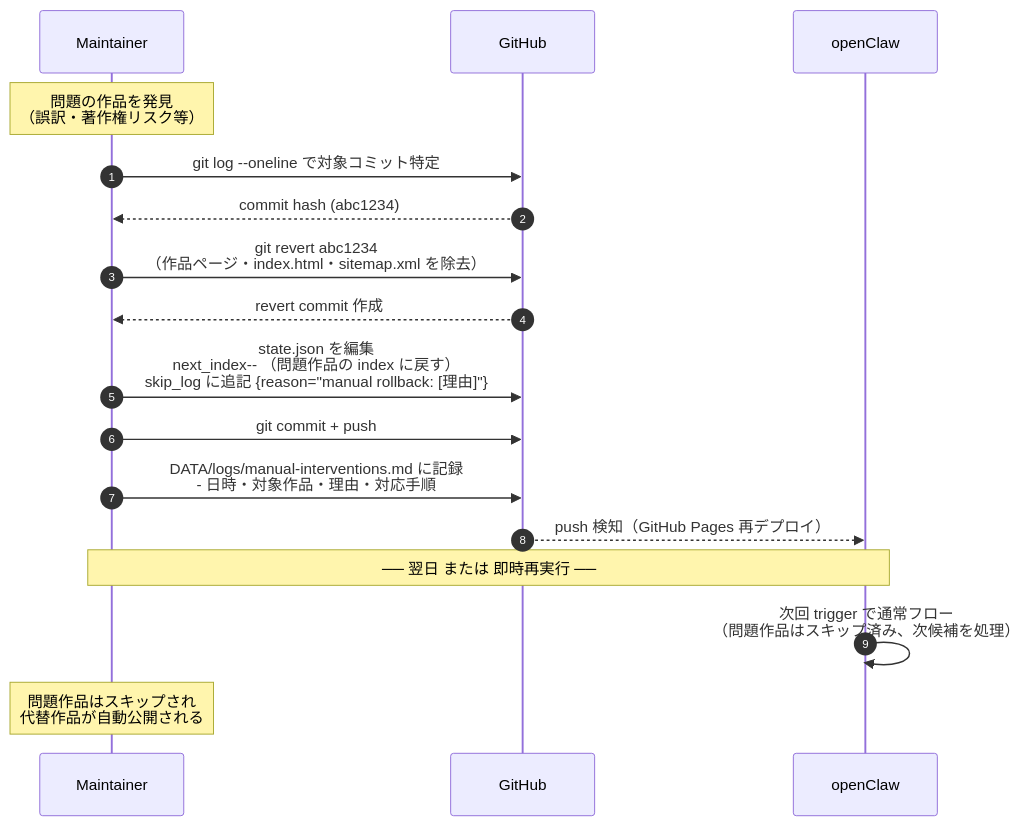
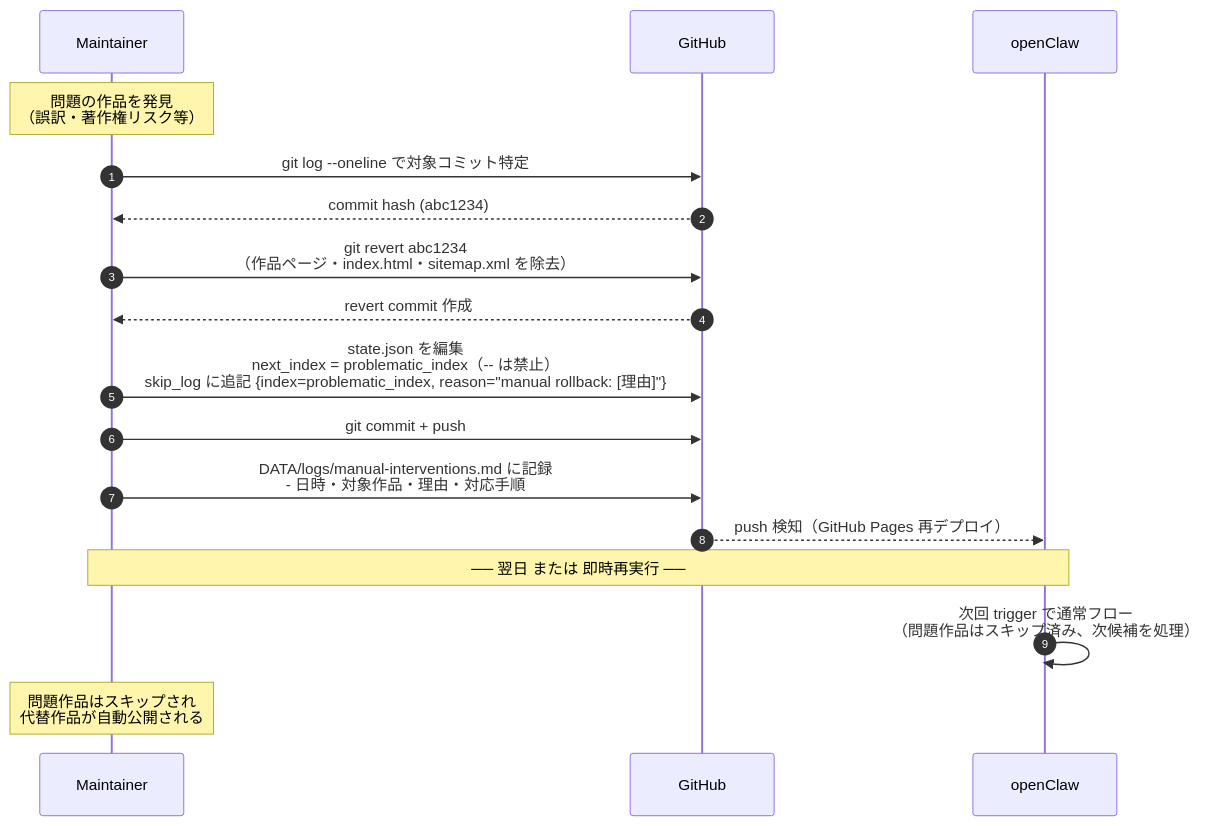
Before and after one commit to garyohosu/AozoraDailyTranslations: the ninth of 10 diagrams in SEQUENCE.md, drawn with Mermaid. The commit also changed 4 other files, not shown here.

````diff
--- a/SEQUENCE.md
+++ b/SEQUENCE.md
@@ -458,27 +458,27 @@
 ```mermaid
 sequenceDiagram
     autonumber
     participant Maint as Maintainer
     participant GH as GitHub
     participant OC as openClaw
 
     Note over Maint: 問題の作品を発見<br/>（誤訳・著作権リスク等）
 
     Maint->>GH: git log --oneline で対象コミット特定
     GH-->>Maint: commit hash (abc1234)
 
     Maint->>GH: git revert abc1234<br/>（作品ページ・index.html・sitemap.xml を除去）
     GH-->>Maint: revert commit 作成
 
-    Maint->>GH: state.json を編集<br/>next_index-- （問題作品の index に戻す）<br/>skip_log に追記 {reason="manual rollback: [理由]"}
+    Maint->>GH: state.json を編集<br/>next_index = problematic_index（-- は禁止）<br/>skip_log に追記 {index=problematic_index, reason="manual rollback: [理由]"}
     Maint->>GH: git commit + push
 
     Maint->>GH: DATA/logs/manual-interventions.md に記録<br/>- 日時・対象作品・理由・対応手順
 
     GH-->>OC: push 検知（GitHub Pages 再デプロイ）
 
     Note over Maint,OC: ── 翌日 または 即時再実行 ──
     OC->>OC: 次回 trigger で通常フロー<br/>（問題作品はスキップ済み、次候補を処理）
 
     Note over Maint: 問題作品はスキップされ<br/>代替作品が自動公開される
 ```
````
